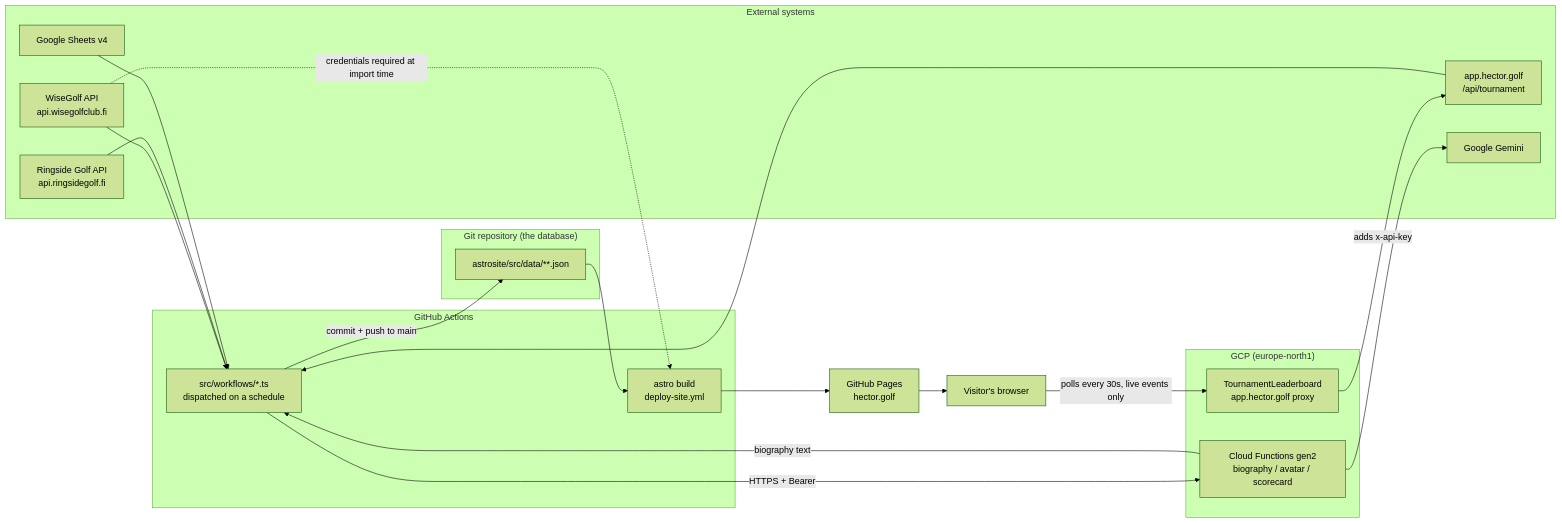
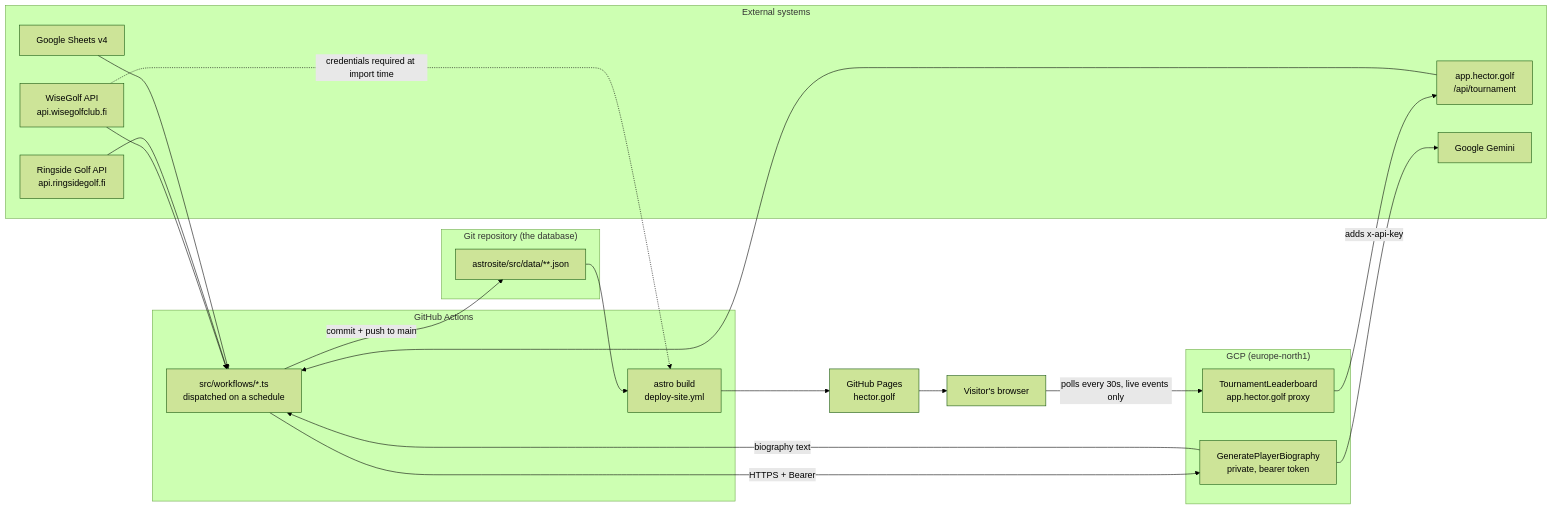
Before and after one commit to hectorgolf/hector.golf: the first of 2 diagrams in docs/current/architecture.md, drawn with Mermaid (forest theme). The commit also changed other lines of this file and 5 other files, not shown here.

````diff
--- a/docs/current/architecture.md
+++ b/docs/current/architecture.md
@@ -29,42 +29,42 @@
 ```mermaid
 graph LR
     subgraph external["External systems"]
         WG["WiseGolf API<br/>api.wisegolfclub.fi"]
         RG["Ringside Golf API<br/>api.ringsidegolf.fi"]
         GS["Google Sheets v4"]
         APP["app.hector.golf<br/>/api/tournament"]
         GEM["Google Gemini"]
     end
 
     subgraph gcp["GCP (europe-north1)"]
-        CF["Cloud Functions gen2<br/>biography / avatar / scorecard"]
+        CF["GeneratePlayerBiography<br/>private, bearer token"]
         LBP["TournamentLeaderboard<br/>app.hector.golf proxy"]
     end
 
     subgraph gha["GitHub Actions"]
         WF["src/workflows/*.ts<br/>dispatched on a schedule"]
         BUILD["astro build<br/>deploy-site.yml"]
     end
 
     subgraph repo["Git repository (the database)"]
         DATA["astrosite/src/data/**.json"]
     end
 
     PAGES["GitHub Pages<br/>hector.golf"]
     BROWSER["Visitor's browser"]
 
     WG --> WF
     RG --> WF
     GS --> WF
     APP --> WF
     WF -->|"commit + push to main"| DATA
     WF -->|"HTTPS + Bearer"| CF
     CF --> GEM
     CF -->|"biography text"| WF
     DATA --> BUILD
     WG -.->|"credentials required at import time"| BUILD
     BUILD --> PAGES
     PAGES --> BROWSER
     BROWSER -->|"polls every 30s, live events only"| LBP
     LBP -->|"adds x-api-key"| APP
 ```
````
